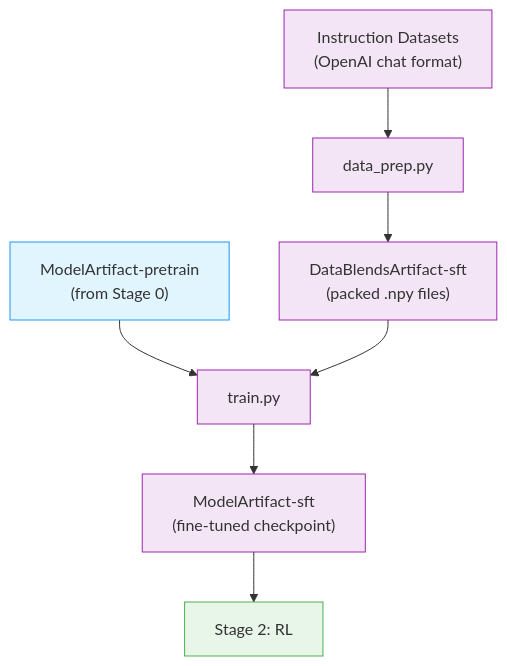
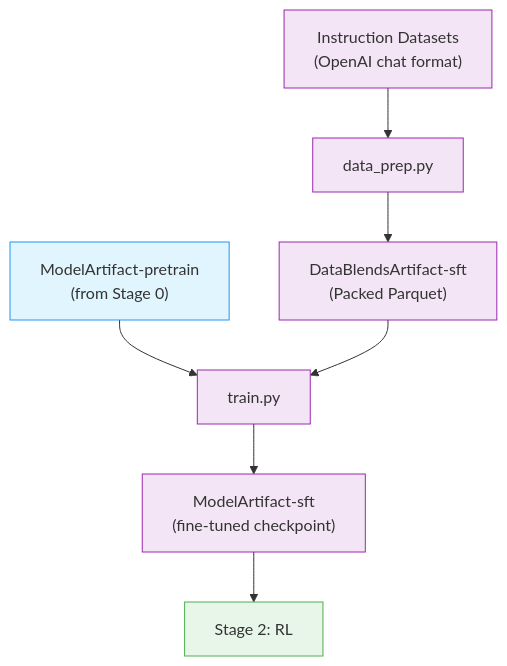
One commit to akao47/Nemotron changed the second of 2 diagrams in docs/nemotron/nano3/sft.md. Above: the diagram before and after it, drawn with Mermaid. The commit also changed other lines of this file and 21 other files, not shown here.

````diff
--- a/docs/nemotron/nano3/sft.md
+++ b/docs/nemotron/nano3/sft.md
@@ -330,18 +330,18 @@
 ```mermaid
 %%{init: {'theme': 'base', 'themeVariables': { 'primaryBorderColor': '#333333', 'lineColor': '#333333', 'primaryTextColor': '#333333'}}}%%
 flowchart TB
     prev["ModelArtifact-pretrain<br/>(from Stage 0)"] --> train
     inst["Instruction Datasets<br/>(OpenAI chat format)"] --> dp["data_prep.py"]
-    dp --> data["DataBlendsArtifact-sft<br/>(packed .npy files)"]
+    dp --> data["DataBlendsArtifact-sft<br/>(Packed Parquet)"]
     data --> train["train.py"]
     train --> model["ModelArtifact-sft<br/>(fine-tuned checkpoint)"]
     model --> next["Stage 2: RL"]
 
     style prev fill:#e1f5fe,stroke:#2196f3
     style inst fill:#f3e5f5,stroke:#9c27b0
     style dp fill:#f3e5f5,stroke:#9c27b0
     style data fill:#f3e5f5,stroke:#9c27b0
     style train fill:#f3e5f5,stroke:#9c27b0
     style model fill:#f3e5f5,stroke:#9c27b0
     style next fill:#e8f5e9,stroke:#4caf50
 ```
````
